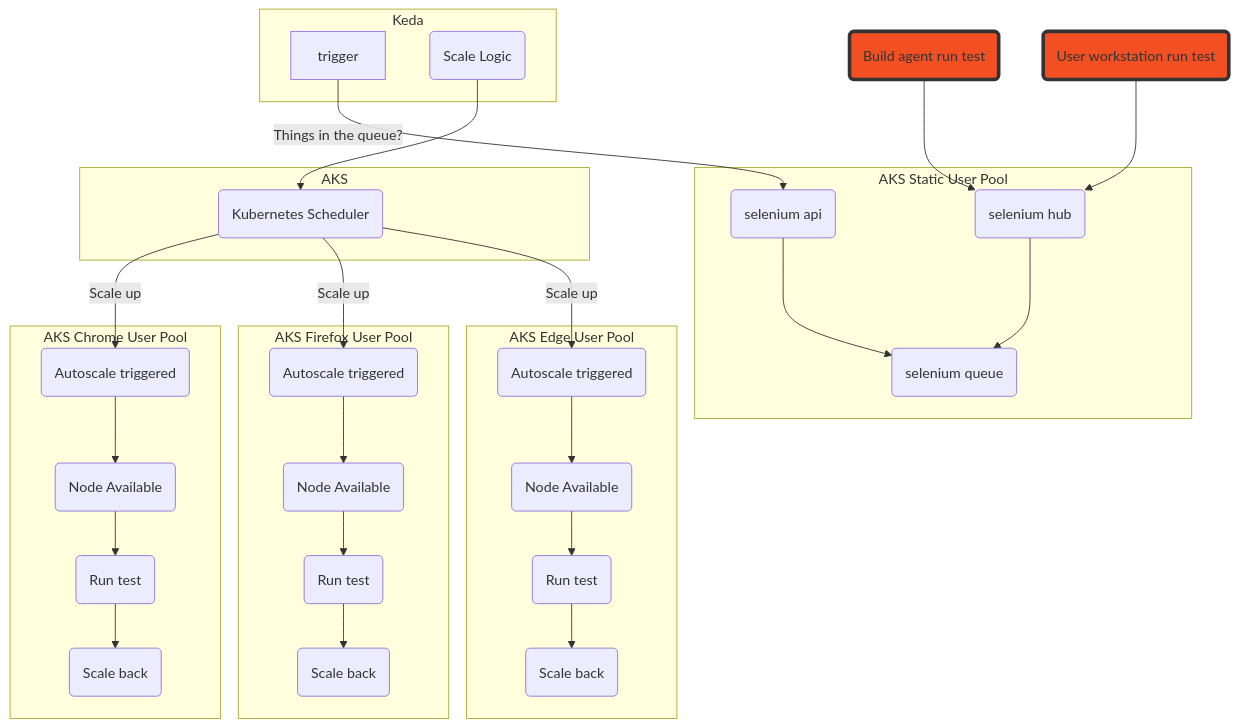
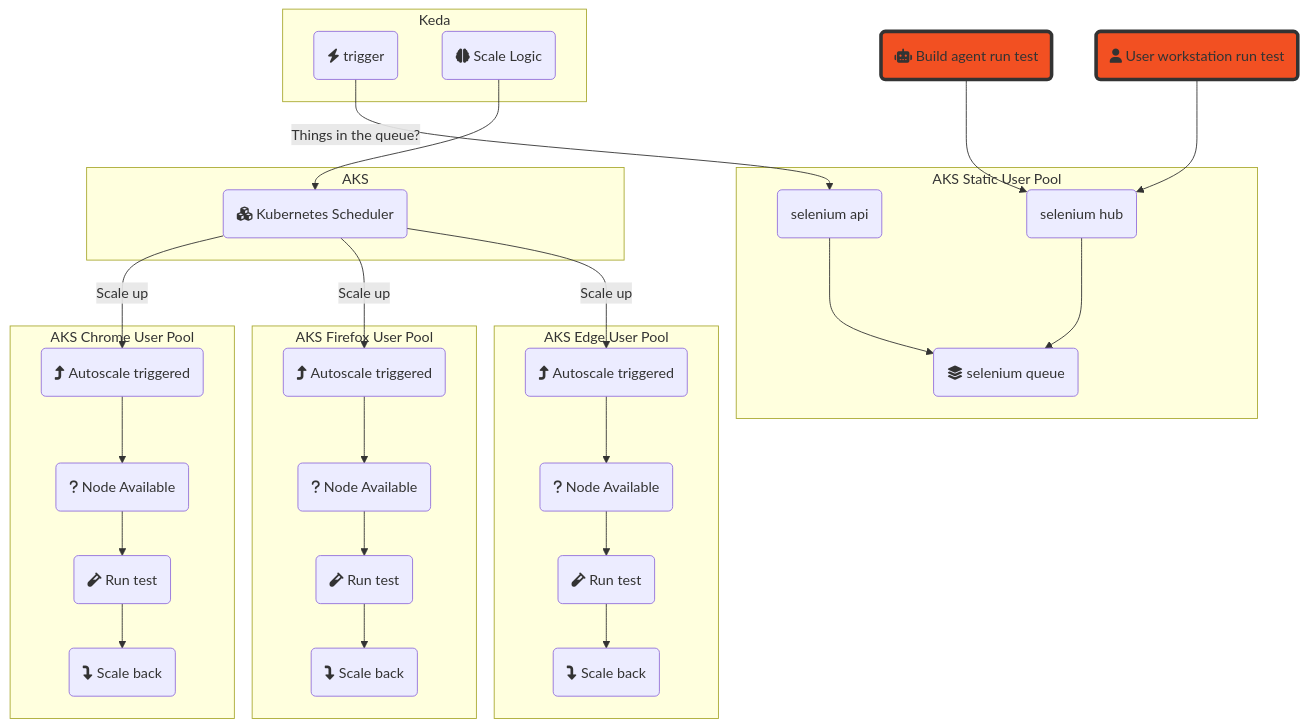
Before and after one commit to Azure-Samples/selenium-grid-aks-keda: the diagram in README.md, drawn with Mermaid.

Commit message:
added font-awesome icons (maybe not supported in gh)

````diff
--- a/README.md
+++ b/README.md
@@ -23,38 +23,38 @@
 ```mermaid
 graph TB
-    tst(Build agent run test)--> hub
+    tst(fa:fa-robot Build agent run test)--> hub
     style tst fill:#F25022,stroke:#333,stroke-width:4px
-    usr(User workstation run test)--> hub
+    usr(fa:fa-user User workstation run test)--> hub
     style usr fill:#F25022,stroke:#333,stroke-width:4px
     subgraph AKS Static User Pool
     hub(selenium hub)-->queue
-    queue(selenium queue)
+    queue(fa:fa-layer-group selenium queue)
     api(selenium api)-->queue
     end
     subgraph Keda
-    trigger-->|Things in the queue? |api
-    scale(Scale Logic)
+    trigger(fa:fa-bolt trigger)-->|Things in the queue? |api
+    scale(fa:fa-brain Scale Logic)
     end
     subgraph AKS
     scale-->sch
-    sch(Kubernetes Scheduler)
+    sch(fa:fa-cubes Kubernetes Scheduler)
     end
     subgraph AKS Chrome User Pool
     sch-->|Scale up|cse
-    cse(Autoscale triggered)-->cna
-    cna(Node Available)-->crt(Run test)
-    crt-->csd(Scale back)
+    cse(fa:fa-level-up-alt Autoscale triggered)-->cna
+    cna(fa:fa-question Node Available)-->crt(fa:fa-vial Run test)
+    crt-->csd(fa:fa-level-down-alt Scale back)
     end
     subgraph AKS Firefox User Pool
     sch-->|Scale up|fse
-    fse(Autoscale triggered)-->fna
-    fna(Node Available)-->frt(Run test)
-    frt-->fsd(Scale back)
+    fse(fa:fa-level-up-alt Autoscale triggered)-->fna
+    fna(fa:fa-question Node Available)-->frt(fa:fa-vial Run test)
+    frt-->fsd(fa:fa-level-down-alt Scale back)
     end
     subgraph AKS Edge User Pool
     sch-->|Scale up|ese
-    ese(Autoscale triggered)-->ena
-    ena(Node Available)-->ert(Run test)
-    ert-->esd(Scale back)
+    ese(fa:fa-level-up-alt Autoscale triggered)-->ena
+    ena(fa:fa-question Node Available)-->ert(fa:fa-vial Run test)
+    ert-->esd(fa:fa-level-down-alt Scale back)
     end
 ```
````
